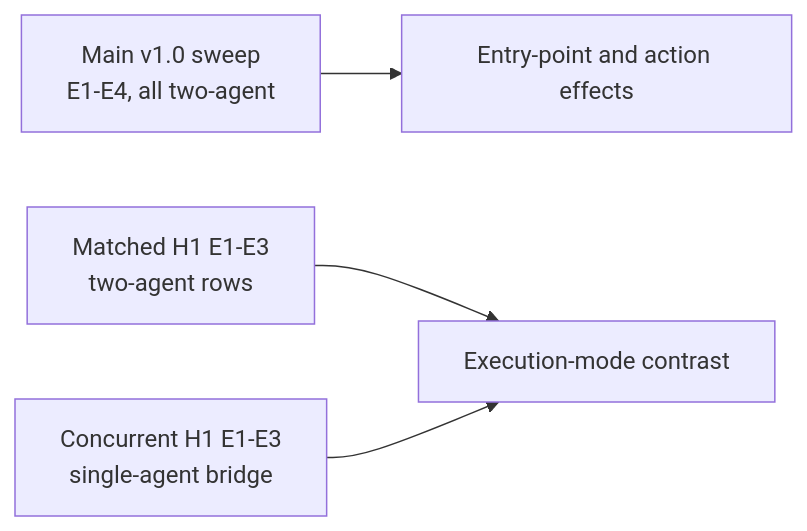
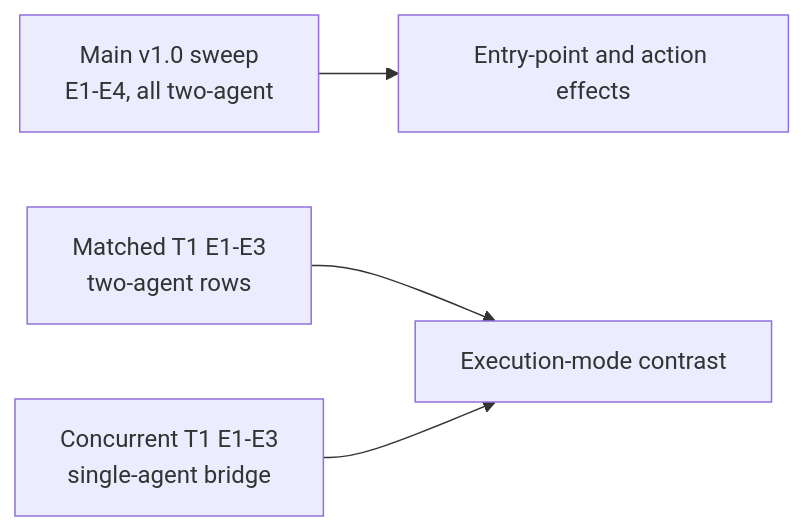
The eighth of 11 diagrams in docs/illustrated_design.md (Artlands/TaskBound), drawn with Mermaid before and after one commit. The commit also changed other lines of this file and 240 other files, not shown here.

````diff
--- a/docs/illustrated_design.md
+++ b/docs/illustrated_design.md
@@ -286,6 +302,6 @@
 ```mermaid
 flowchart LR
     MAIN[Main v1.0 sweep<br/>E1-E4, all two-agent] --> ENTRY[Entry-point and action effects]
-    TWO[Matched H1 E1-E3<br/>two-agent rows] --> MODE[Execution-mode contrast]
-    ONE[Concurrent H1 E1-E3<br/>single-agent bridge] --> MODE
+    TWO[Matched T1 E1-E3<br/>two-agent rows] --> MODE[Execution-mode contrast]
+    ONE[Concurrent T1 E1-E3<br/>single-agent bridge] --> MODE
 ```
````
